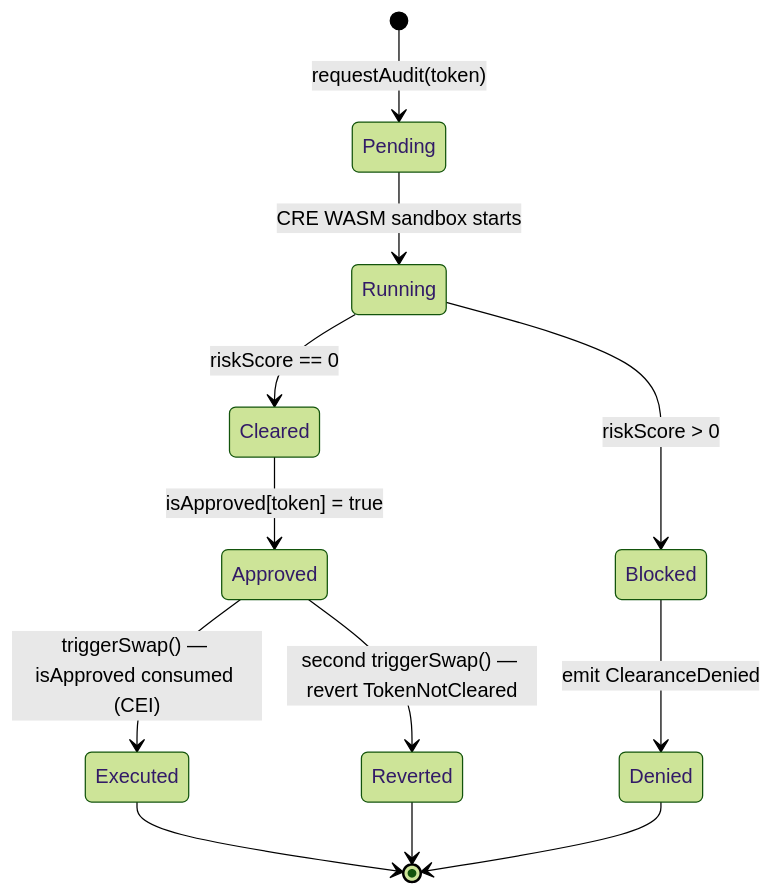
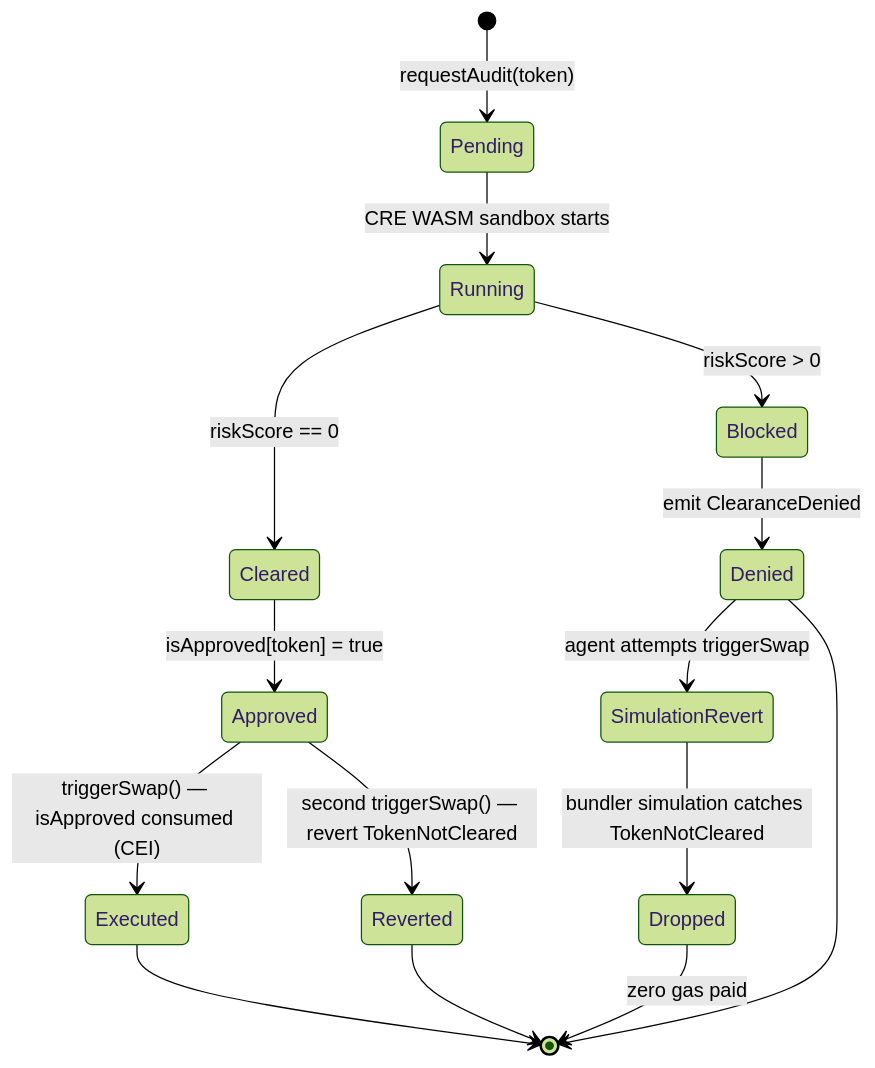
Before and after one commit to vjb/aegis-v4: the third of 5 diagrams in docs/ARCHITECTURE.md, drawn with Mermaid (forest theme). The commit also changed other lines of this file and 3 other files, not shown here.

Commit message:
docs: add zero-gas economic shield to READMEs

````diff
--- a/docs/ARCHITECTURE.md
+++ b/docs/ARCHITECTURE.md
@@ -84,14 +84,17 @@
 ```mermaid
 stateDiagram-v2
     [*] --> Pending : requestAudit(token)
     Pending --> Running : CRE WASM sandbox starts
     Running --> Cleared : riskScore == 0
     Running --> Blocked : riskScore > 0
     Cleared --> Approved : isApproved[token] = true
     Blocked --> Denied : emit ClearanceDenied
     Approved --> Executed : triggerSwap() — isApproved consumed (CEI)
     Approved --> Reverted : second triggerSwap() — revert TokenNotCleared
+    Denied --> SimulationRevert : agent attempts triggerSwap
+    SimulationRevert --> Dropped : bundler simulation catches TokenNotCleared
     Executed --> [*]
     Denied --> [*]
     Reverted --> [*]
+    Dropped --> [*] : zero gas paid
 ```
````
